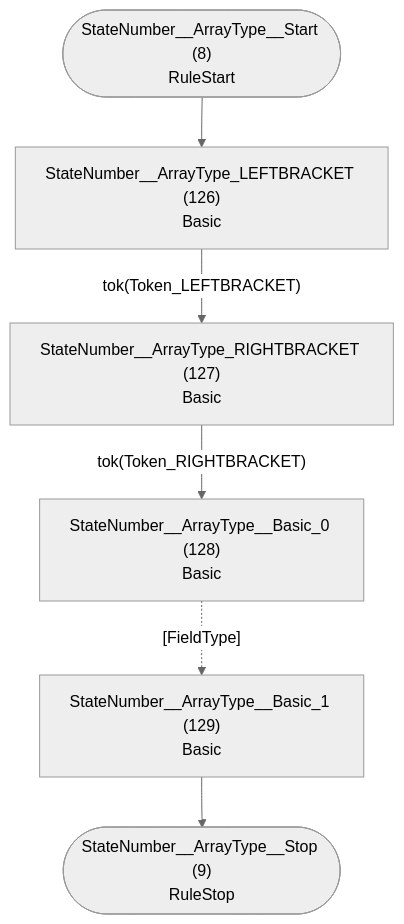
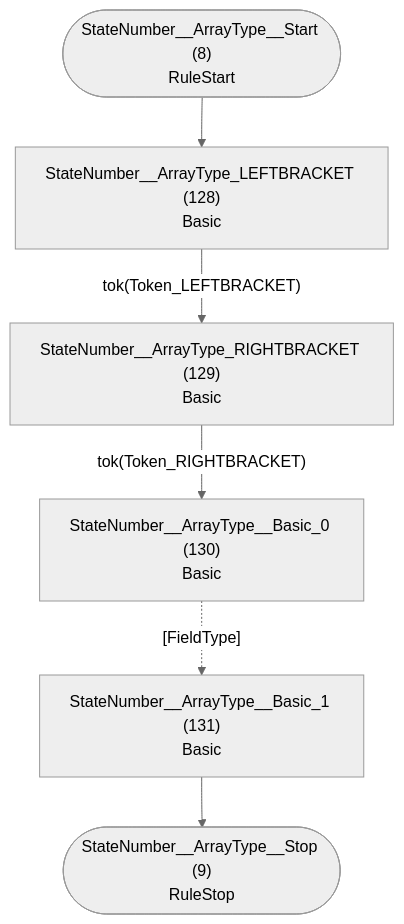
Before and after one commit to TypeFox/fastbelt: the fifth of 37 diagrams in internal/grammar/atn.md, drawn with Mermaid (neutral theme). The commit also changed other lines of this file and 10 other files, not shown here.

Commit message:
Add group type and command to token groups

````diff
--- a/internal/grammar/atn.md
+++ b/internal/grammar/atn.md
@@ -166,15 +166,15 @@
 ```mermaid
 flowchart TD
     q8(["StateNumber__ArrayType__Start (8)<br/>RuleStart"])
     q9(["StateNumber__ArrayType__Stop (9)<br/>RuleStop"])
-    q126["StateNumber__ArrayType_LEFTBRACKET (126)<br/>Basic<br/>"]
-    q127["StateNumber__ArrayType_RIGHTBRACKET (127)<br/>Basic<br/>"]
-    q128["StateNumber__ArrayType__Basic_0 (128)<br/>Basic<br/>"]
-    q129["StateNumber__ArrayType__Basic_1 (129)<br/>Basic<br/>"]
+    q128["StateNumber__ArrayType_LEFTBRACKET (128)<br/>Basic<br/>"]
+    q129["StateNumber__ArrayType_RIGHTBRACKET (129)<br/>Basic<br/>"]
+    q130["StateNumber__ArrayType__Basic_0 (130)<br/>Basic<br/>"]
+    q131["StateNumber__ArrayType__Basic_1 (131)<br/>Basic<br/>"]
 
-    q8 --> q126
-    q126 -->|"tok(Token_LEFTBRACKET)"| q127
-    q127 -->|"tok(Token_RIGHTBRACKET)"| q128
-    q128 -.->|"[FieldType]"| q129
-    q129 --> q9
+    q8 --> q128
+    q128 -->|"tok(Token_LEFTBRACKET)"| q129
+    q129 -->|"tok(Token_RIGHTBRACKET)"| q130
+    q130 -.->|"[FieldType]"| q131
+    q131 --> q9
 ```
````
